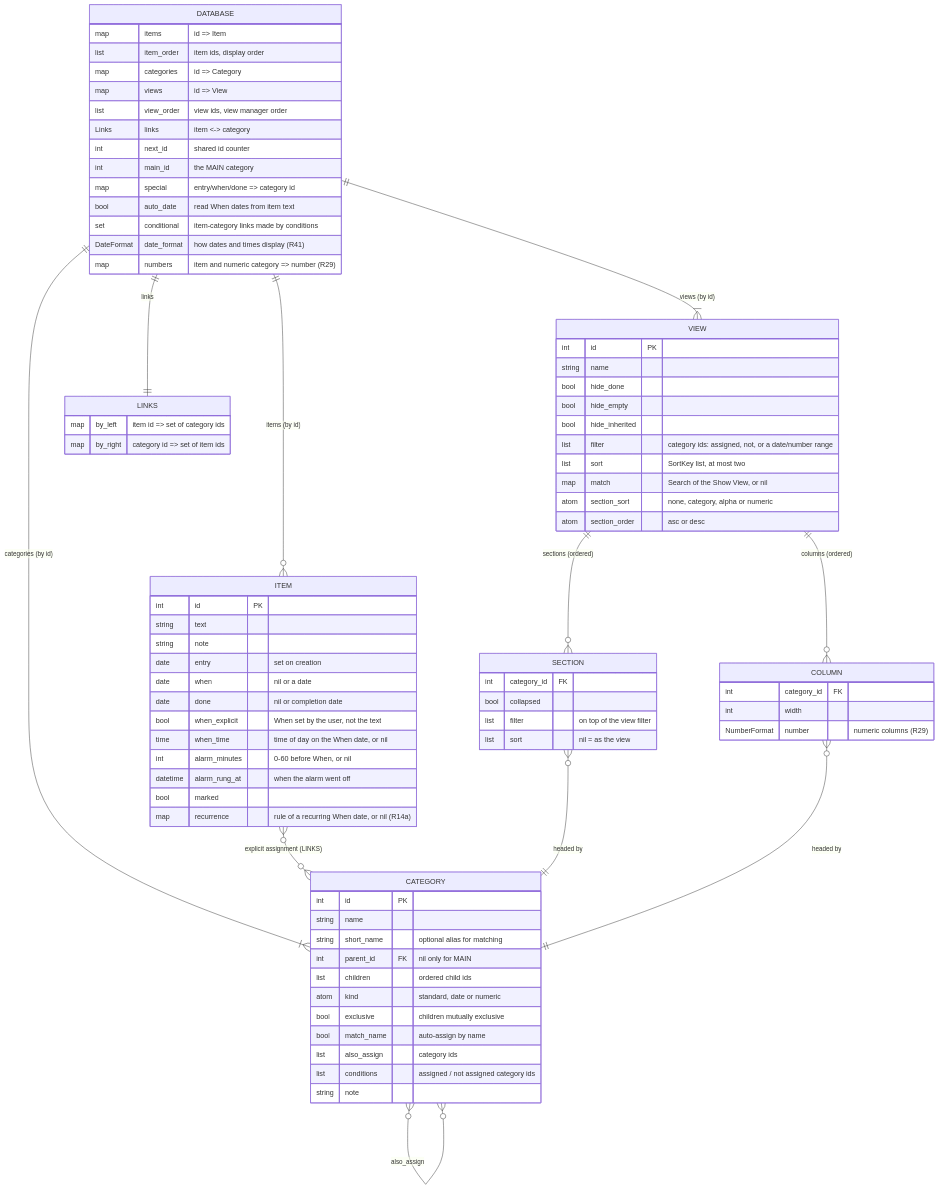
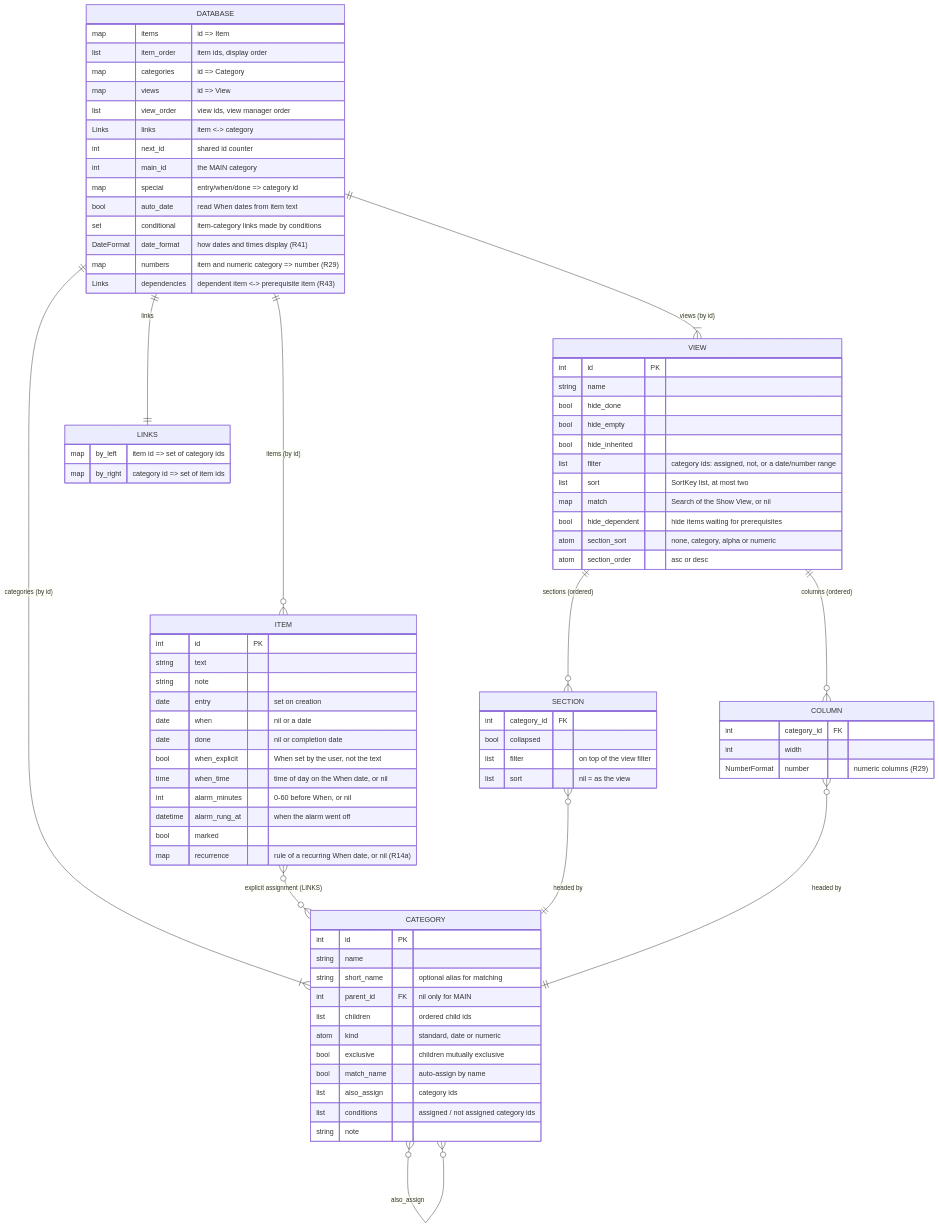
One commit to jamting/agendum changed the first of 6 diagrams in docs/DATA_MODEL.md. Above: the diagram before and after it, drawn with Mermaid. The commit also changed other lines of this file and 17 other files, not shown here.

First line of the commit message:
Add item dependencies (R43)

```diff
--- a/docs/DATA_MODEL.md
+++ b/docs/DATA_MODEL.md
@@ -37,6 +37,7 @@
         set conditional "item-category links made by conditions"
         DateFormat date_format "how dates and times display (R41)"
         map numbers "item and numeric category => number (R29)"
+        Links dependencies "dependent item <-> prerequisite item (R43)"
     }
     ITEM {
         int id PK
@@ -74,6 +75,7 @@
         list filter "category ids: assigned, not, or a date/number range"
         list sort "SortKey list, at most two"
         map match "Search of the Show View, or nil"
+        bool hide_dependent "hide items waiting for prerequisites"
         atom section_sort "none, category, alpha or numeric"
         atom section_order "asc or desc"
     }
```
